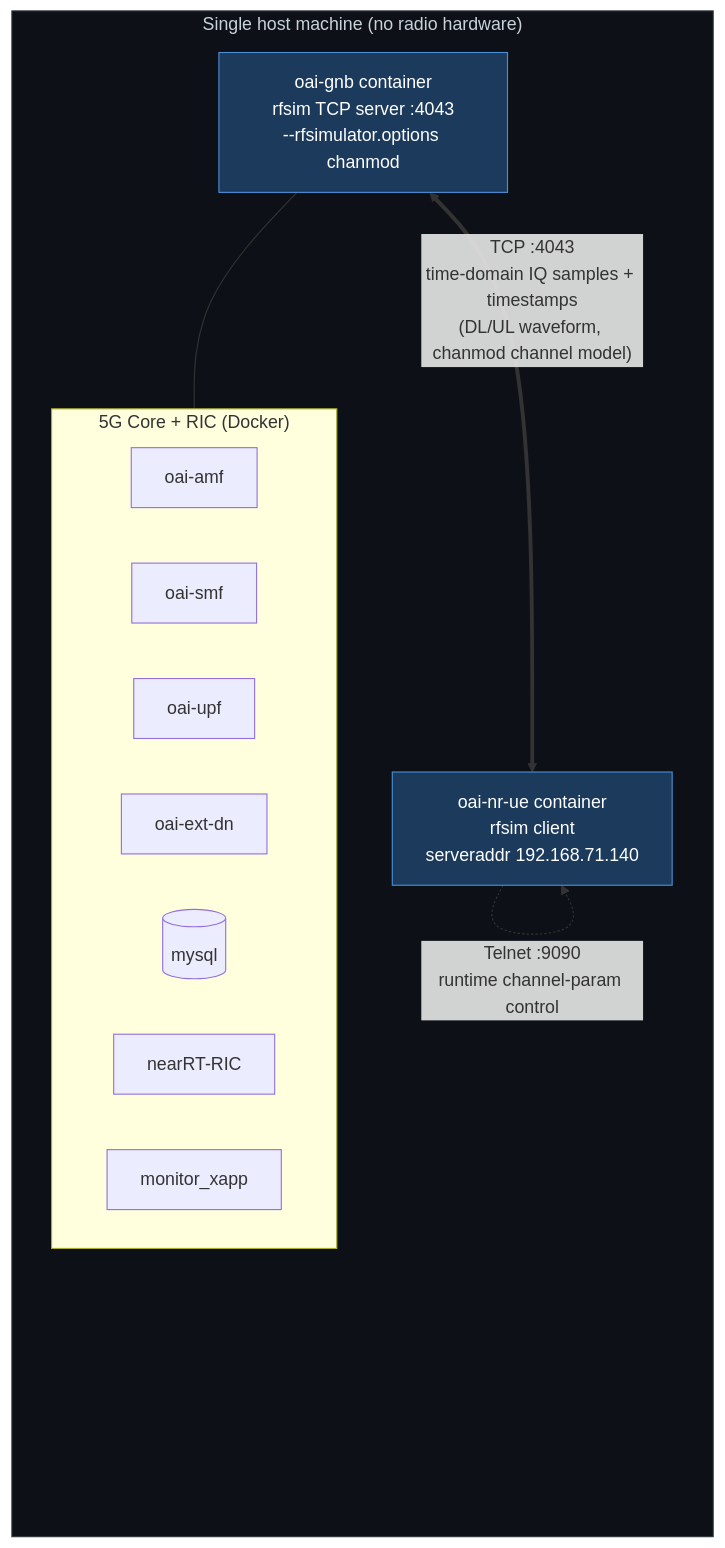
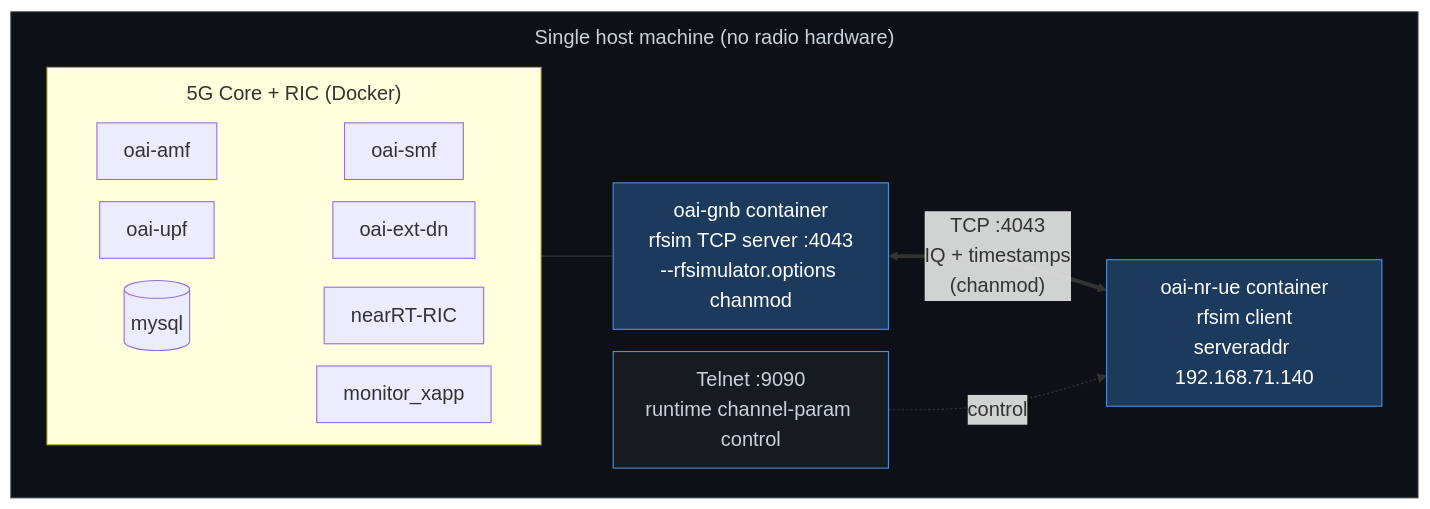
The first of 5 diagrams in doc/rfsim_vs_b200.md (ainl-kaist/ainl-sionna-rk), drawn with Mermaid before and after one commit. The commit also changed other lines of this file, not shown here.

````diff
--- a/doc/rfsim_vs_b200.md
+++ b/doc/rfsim_vs_b200.md
@@ -25,25 +35,26 @@
 ```mermaid
+%%{init: {"flowchart": {"nodeSpacing": 20, "rankSpacing": 40, "padding": 12, "subGraphTitleMargin": {"top": 10, "bottom": 20}}, "themeVariables": {"fontSize": "18px"}}}%%
 flowchart LR
     subgraph HOST["Single host machine (no radio hardware)"]
-        direction TB
+        direction LR
         subgraph CORE["5G Core + RIC (Docker)"]
-            AMF[oai-amf]
-            SMF[oai-smf]
-            UPF[oai-upf]
-            DN[oai-ext-dn]
-            MYSQL[(mysql)]
-            RIC[nearRT-RIC]
+            direction LR
+            AMF[oai-amf] ~~~ SMF[oai-smf]
+            UPF[oai-upf] ~~~ DN[oai-ext-dn]
+            MYSQL[(mysql)] ~~~ RIC[nearRT-RIC]
             XAPP[monitor_xapp]
         end
         GNB["oai-gnb container<br/>rfsim TCP server :4043<br/>--rfsimulator.options chanmod"]
         UE["oai-nr-ue container<br/>rfsim client<br/>serveraddr 192.168.71.140"]
+        TELNET["Telnet :9090<br/>runtime channel-param control"]
 
-        GNB <== "TCP :4043<br/>time-domain IQ samples + timestamps<br/>(DL/UL waveform, chanmod channel model)" ==> UE
-        UE -. "Telnet :9090<br/>runtime channel-param control" .-> UE
-        GNB --- CORE
+        CORE --- GNB
+        GNB <== "TCP :4043<br/>IQ + timestamps<br/>(chanmod)" ==> UE
+        TELNET -. "control" .-> UE
     end
 
     style GNB fill:#1b3a5c,stroke:#4a90d9,color:#fff
     style UE fill:#1b3a5c,stroke:#4a90d9,color:#fff
+    style TELNET fill:#161b22,stroke:#4a90d9,color:#c9d1d9
     style HOST fill:#0d1117,stroke:#30363d,color:#c9d1d9
 ```
````
